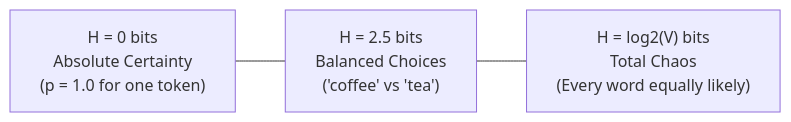
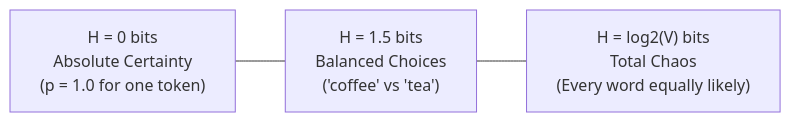
One commit to azusachino/harus-blog changed the third of 4 diagrams in docs/tech/series/math-for-ai/06.probability-and-sampling.md. Above: the diagram before and after it, drawn with Mermaid. The commit also changed other lines of this file and 140 other files, not shown here.

````diff
--- a/docs/tech/series/math-for-ai/06.probability-and-sampling.md
+++ b/docs/tech/series/math-for-ai/06.probability-and-sampling.md
@@ -151,4 +152,4 @@
 ```mermaid
 flowchart LR
-    Zero["H = 0 bits\nAbsolute Certainty\n(p = 1.0 for one token)"] --- Medium["H = 2.5 bits\nBalanced Choices\n('coffee' vs 'tea')"] --- Max["H = log2(V) bits\nTotal Chaos\n(Every word equally likely)"]
+    Zero["H = 0 bits\nAbsolute Certainty\n(p = 1.0 for one token)"] --- Medium["H = 1.5 bits\nBalanced Choices\n('coffee' vs 'tea')"] --- Max["H = log2(V) bits\nTotal Chaos\n(Every word equally likely)"]
 ```
````
